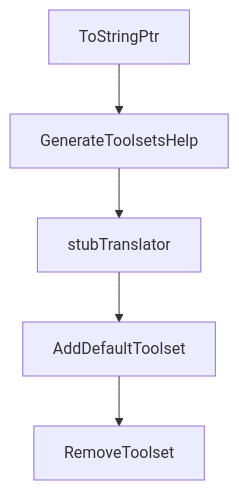
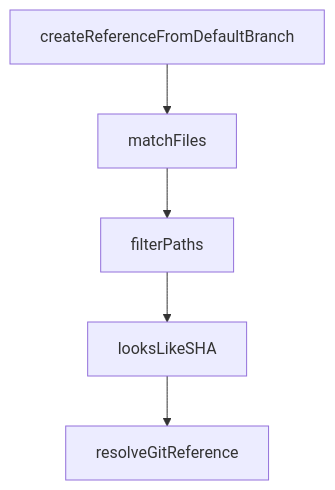
The diagram in tutorials/github-mcp-server-tutorial/08-contribution-and-upgrade-workflow.md (johnxie/awesome-code-docs), drawn with Mermaid before and after one commit. The commit also changed other lines of this file and 1232 other files, not shown here.

````diff
--- a/tutorials/github-mcp-server-tutorial/08-contribution-and-upgrade-workflow.md
+++ b/tutorials/github-mcp-server-tutorial/08-contribution-and-upgrade-workflow.md
@@ -217,12 +215,12 @@
 ```mermaid
 flowchart TD
-    A[ToStringPtr]
-    B[GenerateToolsetsHelp]
-    C[stubTranslator]
-    D[AddDefaultToolset]
-    E[RemoveToolset]
+    A[createReferenceFromDefaultBranch]
+    B[matchFiles]
+    C[filterPaths]
+    D[looksLikeSHA]
+    E[resolveGitReference]
     A --> B
     B --> C
     C --> D
     D --> E
 ```
````
